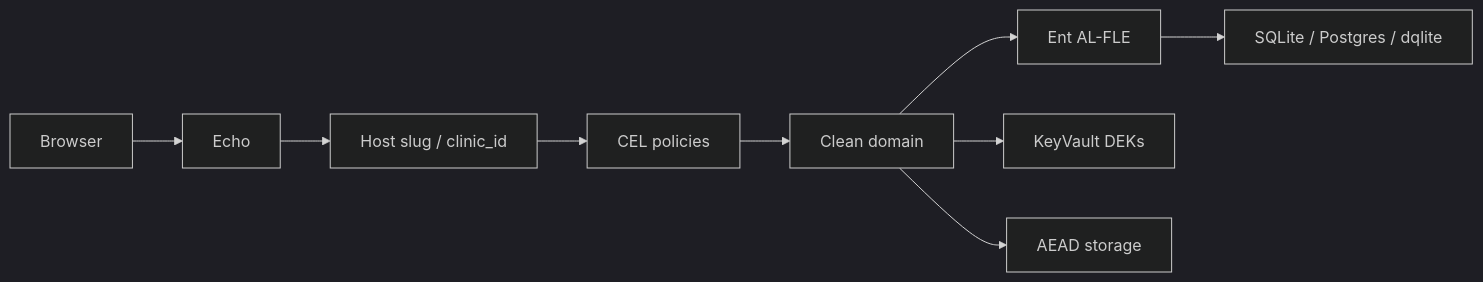
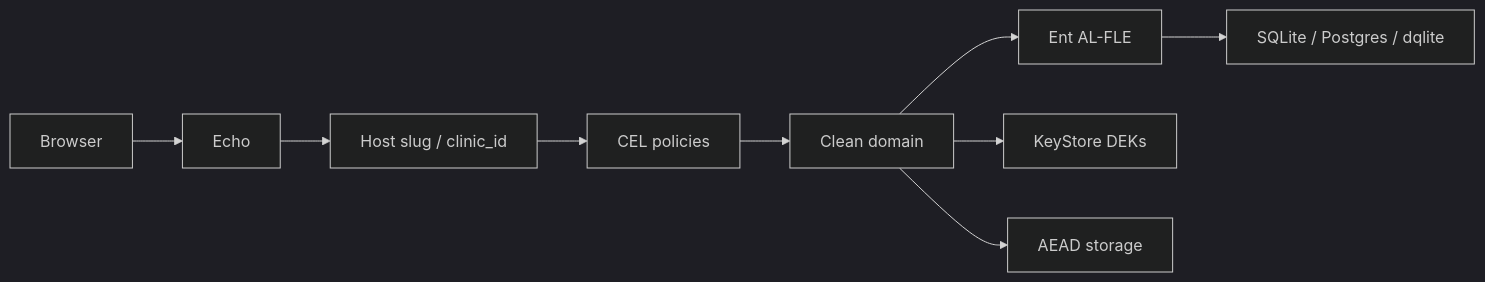
Before and after one commit to librevita/librevita: the first of 2 diagrams in README.md, drawn with Mermaid (dark theme). The commit also changed other lines of this file and 65 other files, not shown here.

````diff
--- a/README.md
+++ b/README.md
@@ -65,11 +65,11 @@
 ```mermaid
 flowchart LR
   Browser --> Echo
   Echo --> Host["Host slug / clinic_id"]
   Host --> CEL["CEL policies"]
   CEL --> Domain["Clean domain"]
   Domain --> FLE["Ent AL-FLE"]
   FLE --> DB["SQLite / Postgres / dqlite"]
-  Domain --> Vault["KeyVault DEKs"]
+  Domain --> KeyStore["KeyStore DEKs"]
   Domain --> Files["AEAD storage"]
 ```
````
